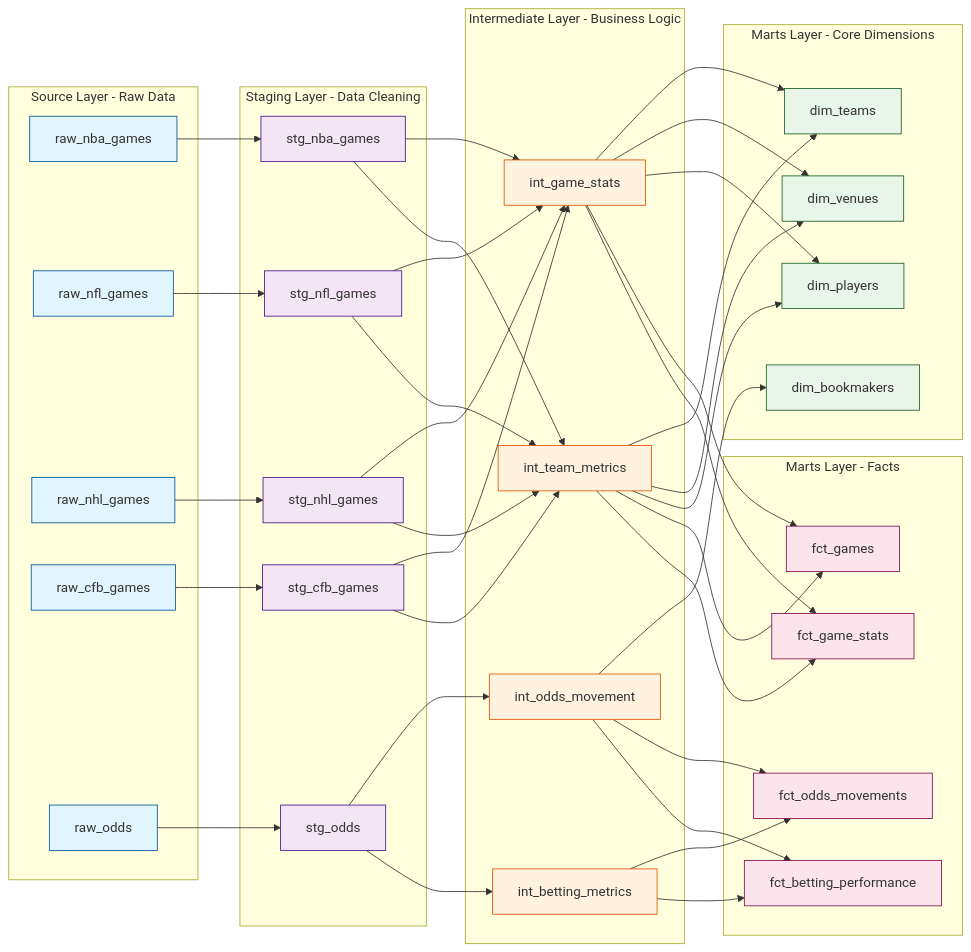
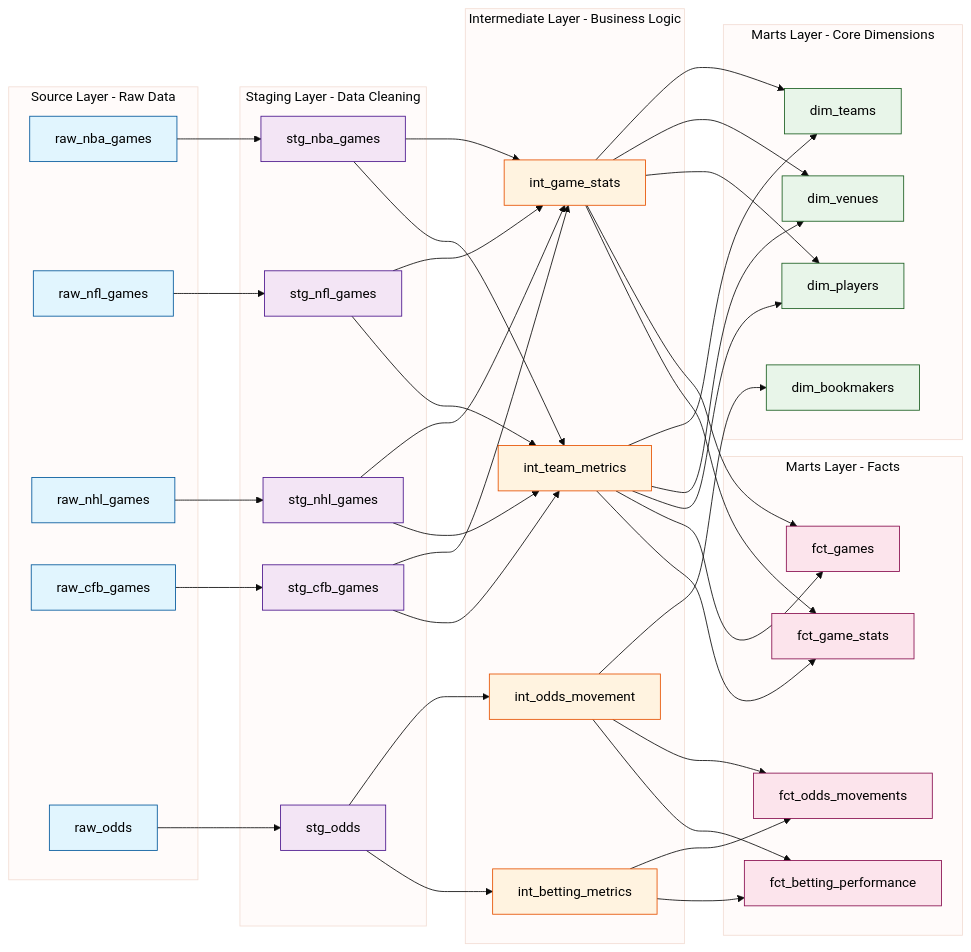
One commit to sanchitvj/sports_betting_analytics_engine changed the diagram in dbt/README.md. Above: the diagram before and after it, drawn with Mermaid. The commit also changed 6 other files, not shown here.

````diff
--- a/dbt/README.md
+++ b/dbt/README.md
@@ -3,4 +3,15 @@
 ```mermaid
+%%{init: {
+  'theme': 'base',
+  'themeVariables': {
+    'fontSize': '16px',
+    'fontWeight': 'bold',
+    'primaryTextColor': '#000000',
+    'primaryColor': '#e1f5fe',
+    'primaryBorderColor': '#01579b',
+    'fontFamily': 'arial'
+  }
+}}%%
 graph LR
     %% Source Layer
     subgraph "Source Layer - Raw Data"
````
